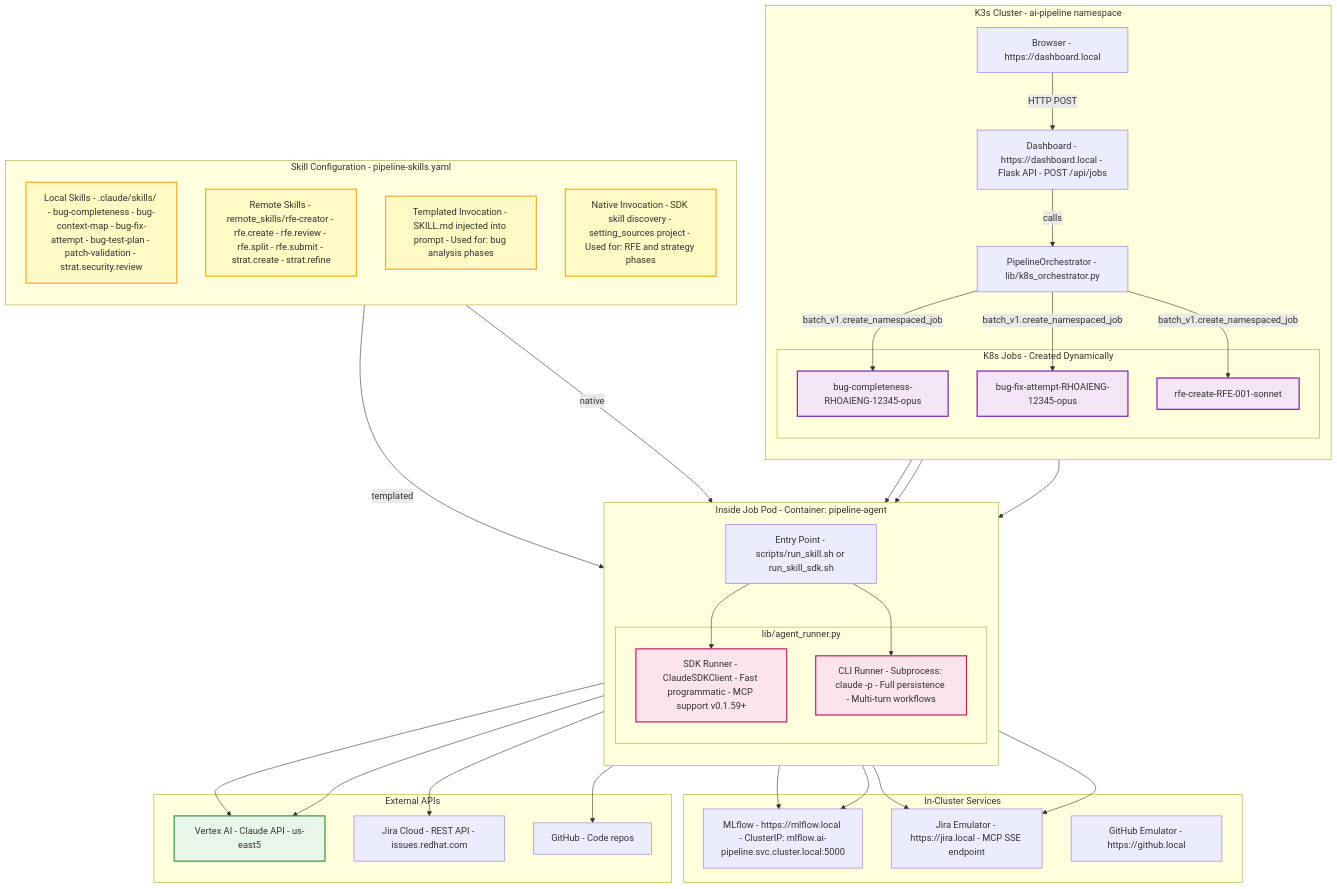
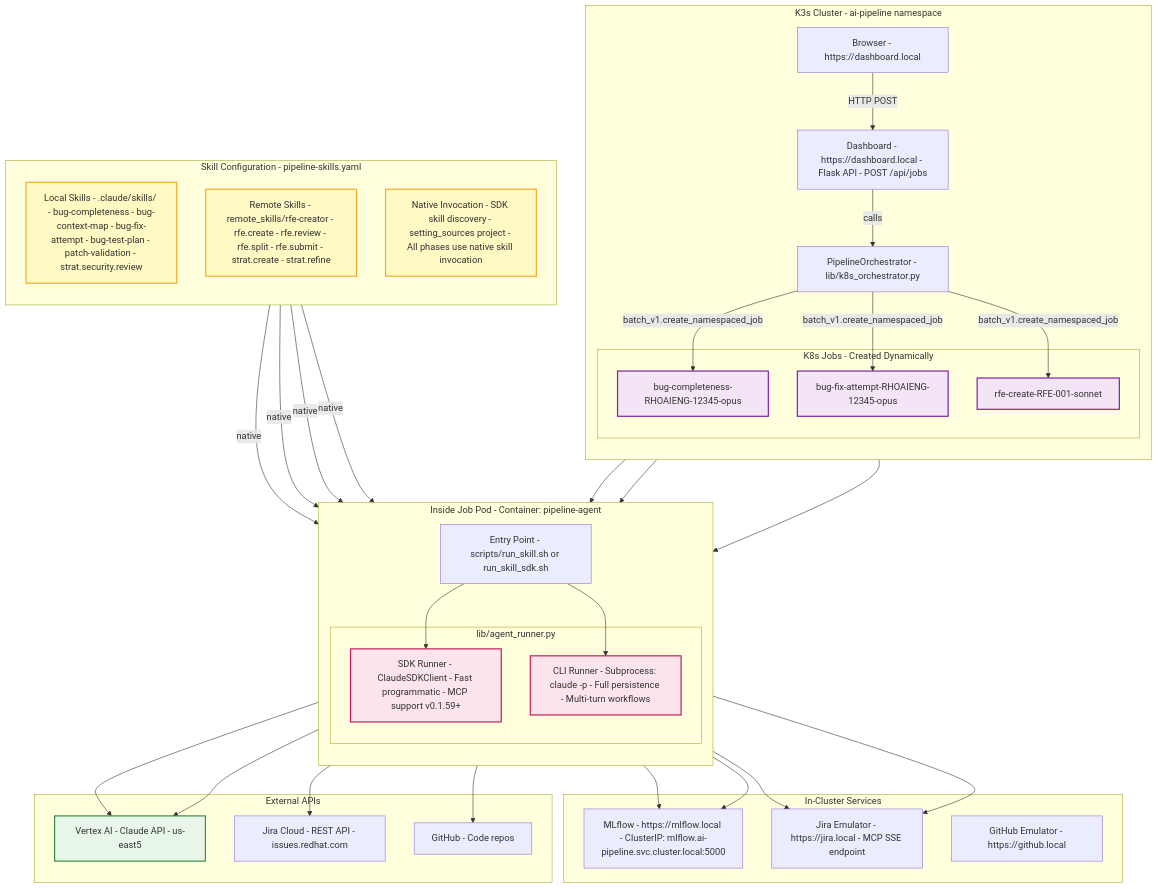
Before and after one commit to jctanner/ai-first-pipeline: the diagram in docs/architecture-jobs-runners.mmd, drawn with Mermaid. The commit also changed 1 other file, not shown here.

Commit message:
Remove templated skill invocation from diagrams - all skills use native
K3s job workflow only uses native skill invocation with SDK skill discovery.
Templated invocation (SKILL.md → prompt injection) was for the old local
threading model via main.py.

Changes:
- Removed "Templated Invocation" references
- Both SDK and CLI runners use native skill discovery
- Both can access local (.claude/skills) and remote (rfe-creator) skills
- All use setting_sources=["project"] for skill discovery

```diff
--- a/docs/architecture-jobs-runners.mmd
+++ b/docs/architecture-jobs-runners.mmd
@@ -1,88 +1,88 @@
 graph TB
     Browser["Browser - https://dashboard.local"]
 
     subgraph K8s["K3s Cluster - ai-pipeline namespace"]
         direction TB
 
         Dashboard["Dashboard - https://dashboard.local - Flask API - POST /api/jobs"]
         Orchestrator["PipelineOrchestrator - lib/k8s_orchestrator.py"]
 
         subgraph Jobs["K8s Jobs - Created Dynamically"]
             Job1["bug-completeness-RHOAIENG-12345-opus"]
             Job2["bug-fix-attempt-RHOAIENG-12345-opus"]
             Job3["rfe-create-RFE-001-sonnet"]
         end
 
         Browser -->|HTTP POST| Dashboard
         Dashboard -->|calls| Orchestrator
         Orchestrator -->|batch_v1.create_namespaced_job| Job1
         Orchestrator -->|batch_v1.create_namespaced_job| Job2
         Orchestrator -->|batch_v1.create_namespaced_job| Job3
     end
 
     subgraph JobPod["Inside Job Pod - Container: pipeline-agent"]
         direction TB
 
         Scripts["Entry Point - scripts/run_skill.sh or run_skill_sdk.sh"]
 
         subgraph RunnerLogic["lib/agent_runner.py"]
             SDKRunner["SDK Runner - ClaudeSDKClient - Fast programmatic - MCP support v0.1.59+"]
             CLIRunner["CLI Runner - Subprocess: claude -p - Full persistence - Multi-turn workflows"]
         end
 
         Scripts --> SDKRunner
         Scripts --> CLIRunner
     end
 
     subgraph Skills["Skill Configuration - pipeline-skills.yaml"]
         direction TB
 
         LocalSkills["Local Skills - .claude/skills/ - bug-completeness - bug-context-map - bug-fix-attempt - bug-test-plan - patch-validation - strat.security.review"]
 
         RemoteSkills["Remote Skills - remote_skills/rfe-creator - rfe.create - rfe.review - rfe.split - rfe.submit - strat.create - strat.refine"]
 
-        Templated["Templated Invocation - SKILL.md injected into prompt - Used for: bug analysis phases"]
-
-        Native["Native Invocation - SDK skill discovery - setting_sources project - Used for: RFE and strategy phases"]
+        Native["Native Invocation - SDK skill discovery - setting_sources project - All phases use native skill invocation"]
     end
 
     subgraph ClusterServices["In-Cluster Services"]
         MLflowService["MLflow - https://mlflow.local - ClusterIP: mlflow.ai-pipeline.svc.cluster.local:5000"]
         JiraEmuService["Jira Emulator - https://jira.local - MCP SSE endpoint"]
         GitHubEmuService["GitHub Emulator - https://github.local"]
     end
 
     subgraph External["External APIs"]
         VertexAI["Vertex AI - Claude API - us-east5"]
         JiraCloud["Jira Cloud - REST API - issues.redhat.com"]
         GitHubCloud["GitHub - Code repos"]
     end
 
     Job1 --> Scripts
     Job2 --> Scripts
     Job3 --> Scripts
 
-    LocalSkills -->|templated| SDKRunner
+    LocalSkills -->|native| SDKRunner
+    LocalSkills -->|native| CLIRunner
+    RemoteSkills -->|native| SDKRunner
     RemoteSkills -->|native| CLIRunner
 
     SDKRunner --> VertexAI
     CLIRunner --> VertexAI
 
     SDKRunner --> MLflowService
     CLIRunner --> MLflowService
 
     SDKRunner --> JiraEmuService
     CLIRunner --> JiraEmuService
 
     SDKRunner --> JiraCloud
     CLIRunner --> GitHubCloud
 
     classDef job fill:#f3e5f5,stroke:#7b1fa2,stroke-width:2px
     classDef runner fill:#fce4ec,stroke:#c2185b,stroke-width:2px
     classDef skill fill:#fff9c4,stroke:#f9a825,stroke-width:2px
     classDef external fill:#e8f5e9,stroke:#388e3c,stroke-width:2px
 
     class Job1,Job2,Job3 job
     class SDKRunner,CLIRunner runner
     class LocalSkills,RemoteSkills,Templated,Native skill
     class VertexAI,JiraAPI,MLflow external
```
